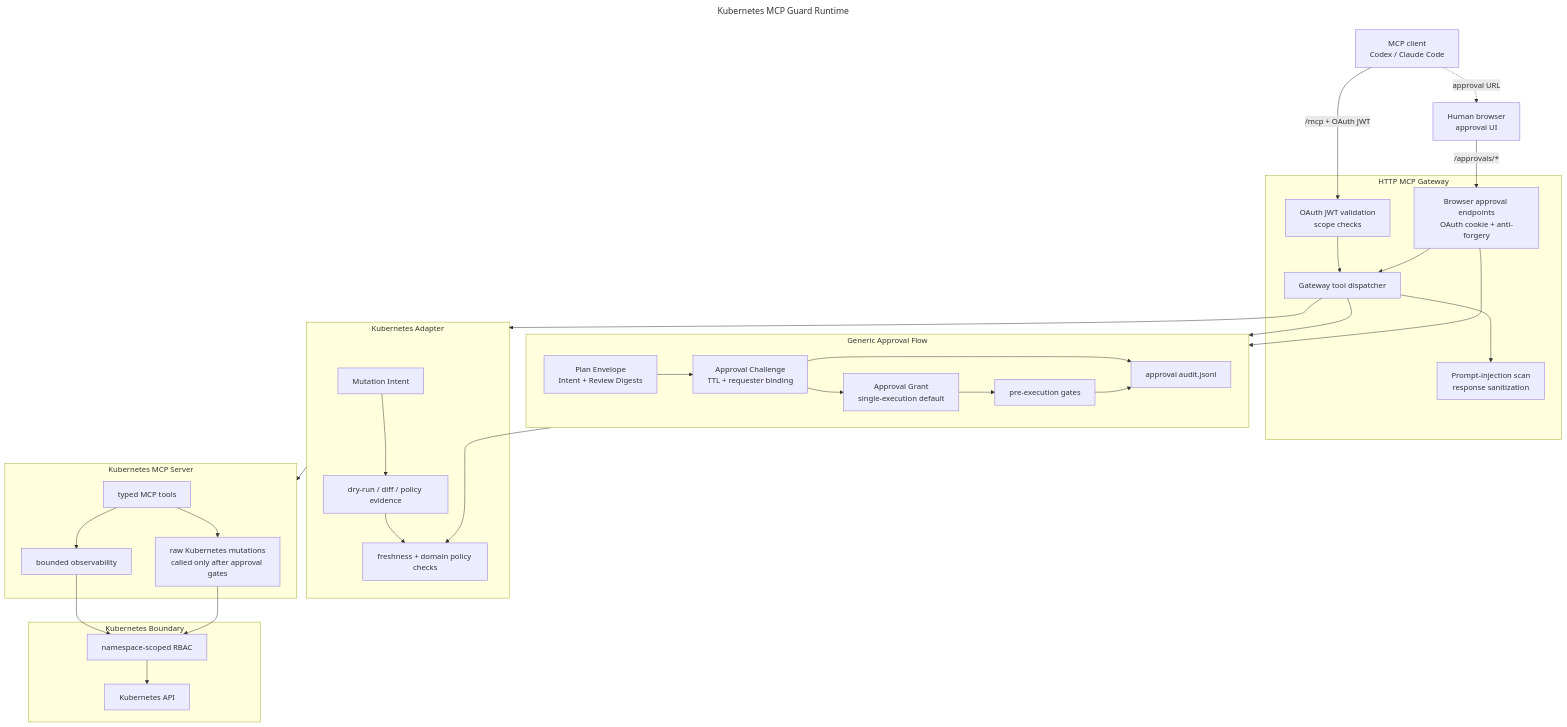
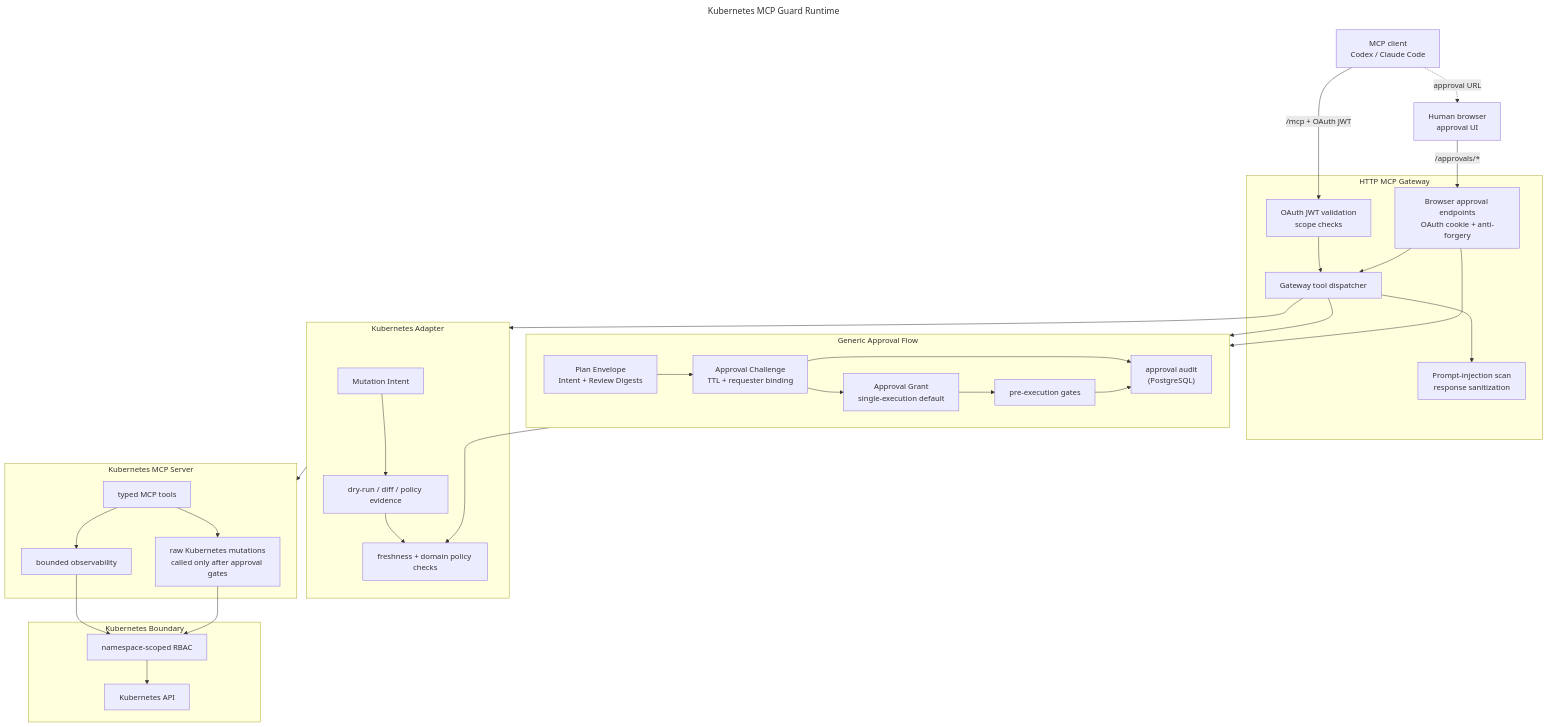
Before and after one commit to mirusser/Kubernetes-MCP-Guard: the diagram in README.md, drawn with Mermaid. The commit also changed 41 other files, not shown here.

````diff
--- a/README.md
+++ b/README.md
@@ -44,65 +44,65 @@
 ```mermaid
 ---
 title: Kubernetes MCP Guard Runtime
 ---
 flowchart TB
     Client["MCP client<br/>Codex / Claude Code"]
     Browser["Human browser<br/>approval UI"]
 
     subgraph Gateway["HTTP MCP Gateway"]
         Auth["OAuth JWT validation<br/>scope checks"]
         Guardrails["Prompt-injection scan<br/>response sanitization"]
         ApprovalUI["Browser approval endpoints<br/>OAuth cookie + anti-forgery"]
         Dispatcher["Gateway tool dispatcher"]
         Auth --> Dispatcher
         Dispatcher --> Guardrails
         ApprovalUI --> Dispatcher
     end
 
     subgraph Core["Generic Approval Flow"]
         direction LR
         Envelope["Plan Envelope<br/>Intent + Review Digests"]
         Challenge["Approval Challenge<br/>TTL + requester binding"]
         Grant["Approval Grant<br/>single-execution default"]
         Gates["pre-execution gates"]
-        Audit["approval audit.jsonl"]
+        Audit["approval audit<br/>(PostgreSQL)"]
         Envelope --> Challenge
         Challenge --> Grant
         Grant --> Gates
         Challenge --> Audit
         Gates --> Audit
     end
 
     subgraph Adapter["Kubernetes Adapter"]
         Intent["Mutation Intent"]
         Evidence["dry-run / diff / policy evidence"]
         Freshness["freshness + domain policy checks"]
         Intent --> Evidence
         Evidence --> Freshness
     end
 
     subgraph Server["Kubernetes MCP Server"]
         Tools["typed MCP tools"]
         Reads["bounded observability"]
         Mutations["raw Kubernetes mutations<br/>called only after approval gates"]
         Tools --> Reads
         Tools --> Mutations
     end
 
     subgraph K8s["Kubernetes Boundary"]
         RBAC["namespace-scoped RBAC"]
         API["Kubernetes API"]
         RBAC --> API
     end
 
     Client -->|"/mcp + OAuth JWT"| Auth
     Dispatcher --> Adapter
     Adapter --> Server
     Dispatcher --> Envelope
     ApprovalUI --> Challenge
     Gates --> Freshness
     Client -.->|"approval URL"| Browser
     Browser -->|"/approvals/*"| ApprovalUI
     Reads --> RBAC
     Mutations --> RBAC
 ```
````
